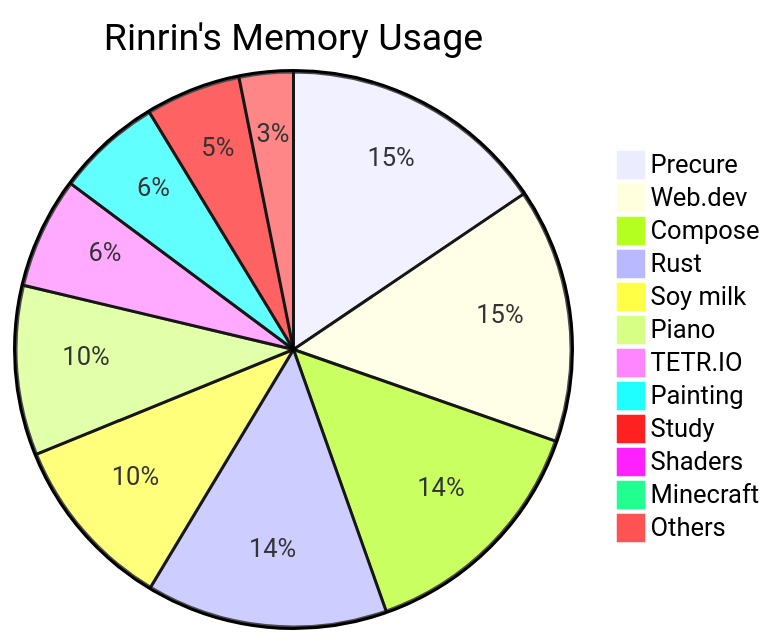
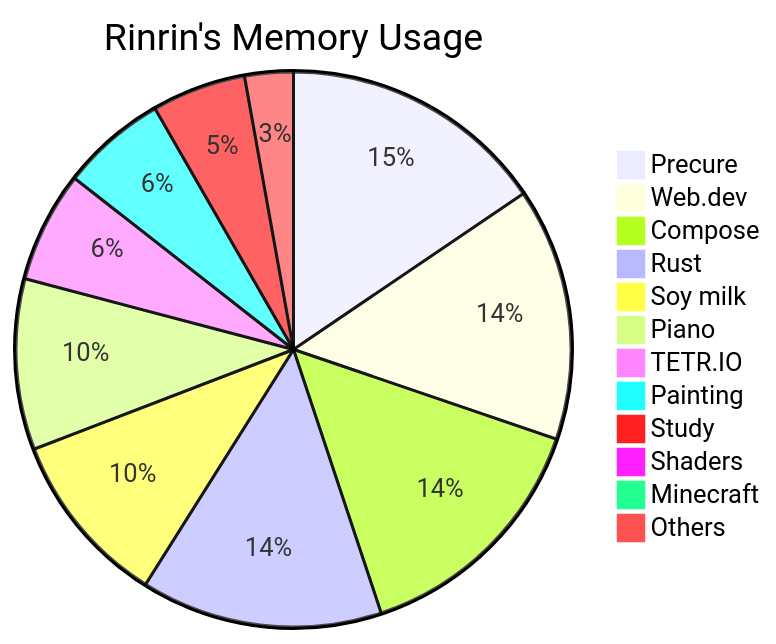
The diagram in README.md (Rinrin0413/Rinrin0413), drawn with Mermaid before and after one commit.

Commit message:
🛠 Update: Rinrin's Memory Usage

````diff
--- a/README.md
+++ b/README.md
@@ -77,15 +77,15 @@
 ```mermaid
 pie title Rinrin's Memory Usage
-    "Precure": 617
-    "Web.dev": 588
-    "Compose": 565
+    "Precure": 615
+    "Web.dev": 583
+    "Compose": 581
     "Rust": 557
-    "Soy milk": 406
-    "Piano": 392
-    "TETR.IO": 257
+    "Soy milk": 405
+    "Piano": 394
+    "TETR.IO": 256
     "Painting": 243
-    "Study": 220
+    "Study": 217
     "Shaders": 30
     "Minecraft": 30
-    "Others": 125
+    "Others": 112
 ```
````
